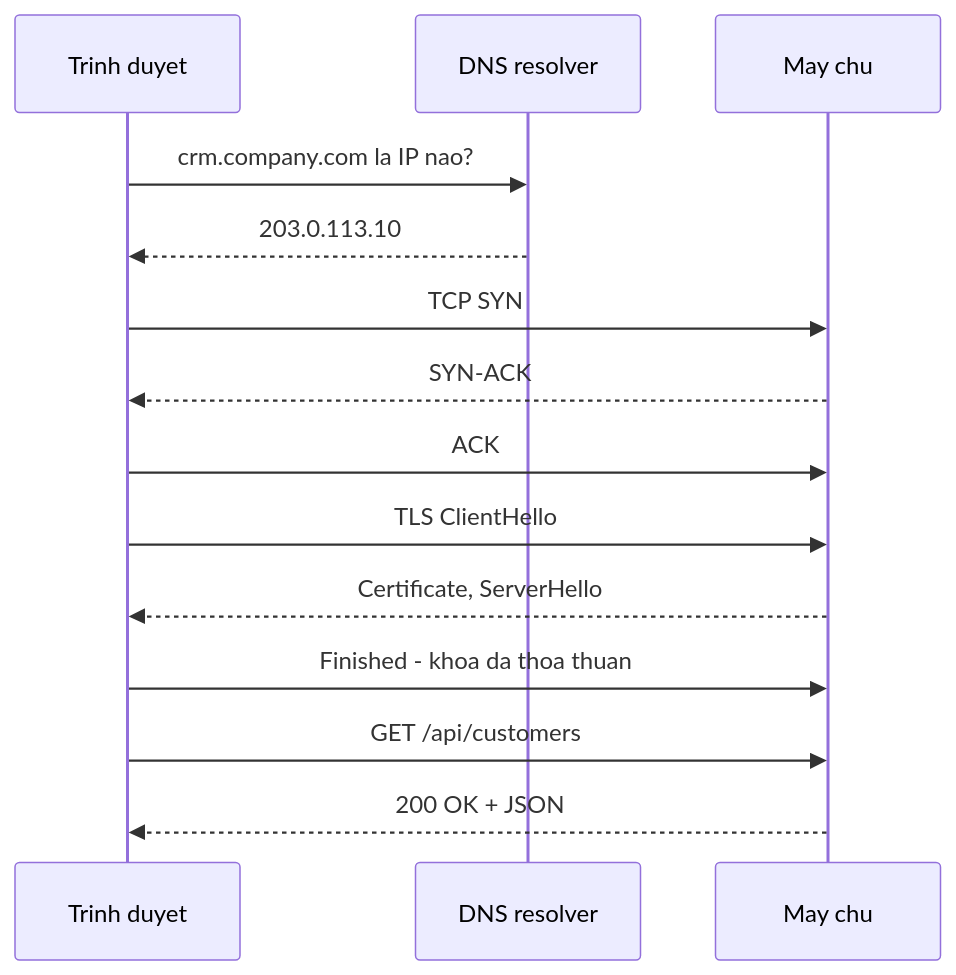
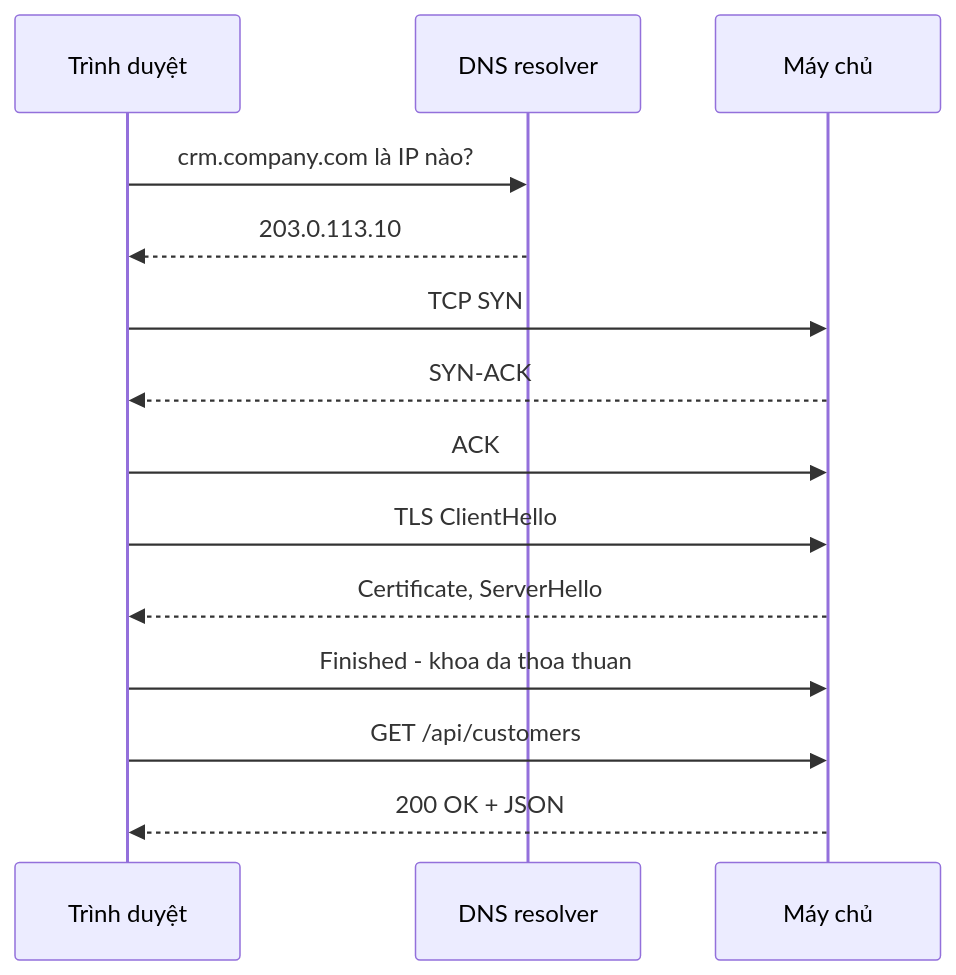
Before and after one commit to TienNHM/tiennhm.github.io: the diagram in docs/09-dotnet-backend-zero-to-senior/stage-01-foundation/module-02-computer-science-basics/2.2-how-the-internet-works.mdx, drawn with Mermaid. The commit also changed 10 other files, not shown here.

````diff
--- a/docs/09-dotnet-backend-zero-to-senior/stage-01-foundation/module-02-computer-science-basics/2.2-how-the-internet-works.mdx
+++ b/docs/09-dotnet-backend-zero-to-senior/stage-01-foundation/module-02-computer-science-basics/2.2-how-the-internet-works.mdx
@@ -29,16 +29,16 @@
 ```mermaid
 sequenceDiagram
-    participant B as Trinh duyet
+    participant B as Trình duyệt
     participant D as DNS resolver
-    participant S as May chu
-    B->>D: crm.company.com la IP nao?
+    participant S as Máy chủ
+    B->>D: crm.company.com là IP nào?
     D-->>B: 203.0.113.10
     B->>S: TCP SYN
     S-->>B: SYN-ACK
     B->>S: ACK
     B->>S: TLS ClientHello
     S-->>B: Certificate, ServerHello
     B->>S: Finished - khoa da thoa thuan
     B->>S: GET /api/customers
     S-->>B: 200 OK + JSON
 ```
````
